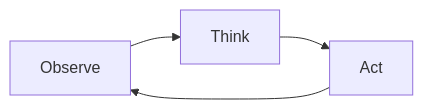
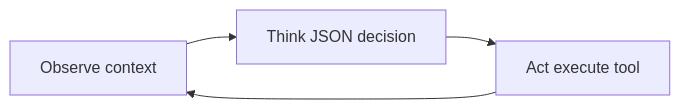
One commit to riverdoggo/Vulcan-Forge changed the second of 2 diagrams in README.md. Above: the diagram before and after it, drawn with Mermaid. The commit also changed other lines of this file and 31 other files, not shown here.

Commit message:
major agent runtime improvements: kill switch, patch editing tool, file caching, reviewer JSON enforcement, loop guards, token optimizations

````diff
--- a/README.md
+++ b/README.md
@@ -72,6 +104,6 @@
 ```mermaid
 flowchart LR
-    A[Observe] --> B[Think]
-    B --> C[Act]
-    C --> A
+    O[Observe context] --> T[Think JSON decision]
+    T --> A[Act execute tool]
+    A --> O
 ```
````
